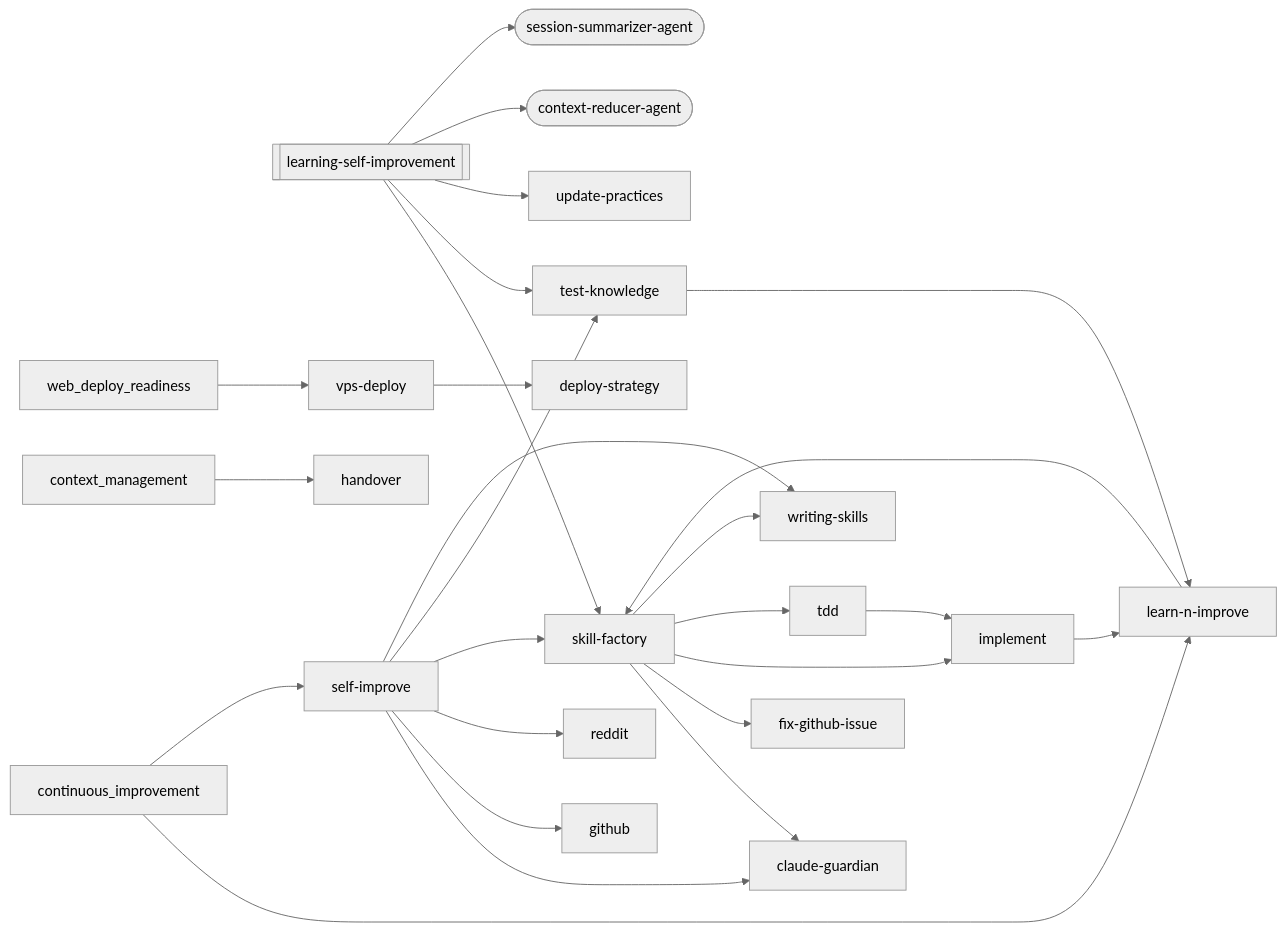
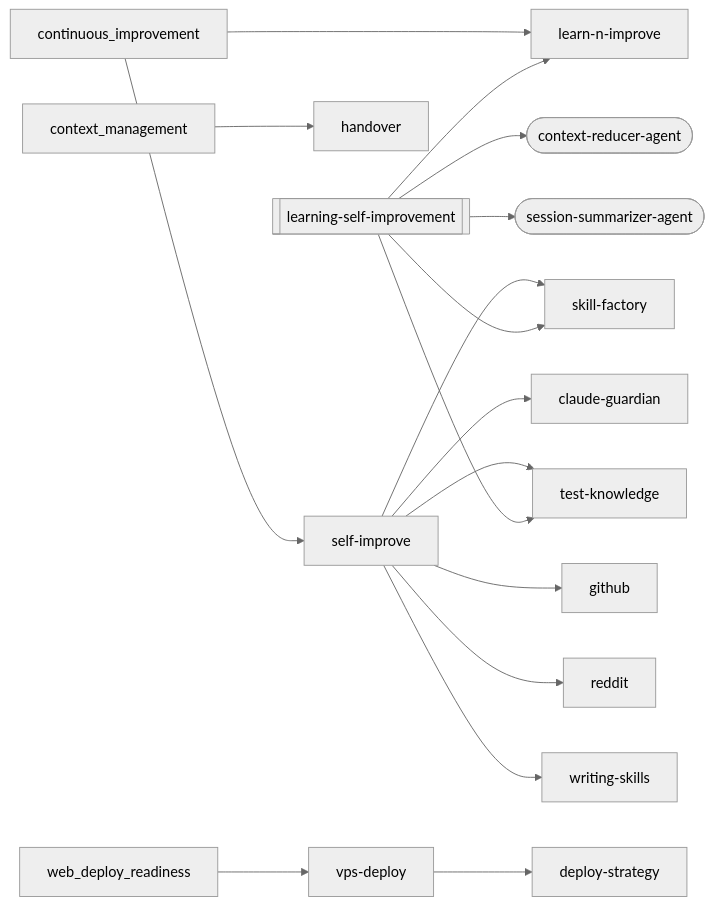
Before and after one commit to abhayla/claude-best-practices: the fourth of 15 diagrams in docs/workflows/learning-self-improvement.md, drawn with Mermaid (neutral theme). The commit also changed other lines of this file and 64 other files, not shown here.

````diff
--- a/docs/workflows/learning-self-improvement.md
+++ b/docs/workflows/learning-self-improvement.md
@@ -408,46 +470,33 @@
 ```mermaid
 graph LR
     learning_self_improvement[["learning-self-improvement"]]
     claude_guardian["claude-guardian"]
     context_reducer_agent(["context-reducer-agent"])
     deploy_strategy["deploy-strategy"]
-    fix_github_issue["fix-github-issue"]
     github["github"]
     handover["handover"]
-    implement["implement"]
     learn_n_improve["learn-n-improve"]
     reddit["reddit"]
     self_improve["self-improve"]
     session_summarizer_agent(["session-summarizer-agent"])
     skill_factory["skill-factory"]
-    tdd["tdd"]
     test_knowledge["test-knowledge"]
-    update_practices["update-practices"]
     vps_deploy["vps-deploy"]
     writing_skills["writing-skills"]
-    implement --> learn_n_improve
-    learn_n_improve --> skill_factory
+    learning_self_improvement --> learn_n_improve
     learning_self_improvement --> skill_factory
     learning_self_improvement --> test_knowledge
-    learning_self_improvement --> update_practices
     learning_self_improvement --> context_reducer_agent
     learning_self_improvement --> session_summarizer_agent
-    skill_factory --> claude_guardian
-    skill_factory --> fix_github_issue
-    skill_factory --> implement
-    skill_factory --> tdd
-    skill_factory --> writing_skills
-    tdd --> implement
-    test_knowledge --> learn_n_improve
     vps_deploy --> deploy_strategy
     self_improve --> claude_guardian
     self_improve --> github
     self_improve --> reddit
     self_improve --> skill_factory
     self_improve --> test_knowledge
     self_improve --> writing_skills
     context_management --> handover
     continuous_improvement --> learn_n_improve
     continuous_improvement --> self_improve
     web_deploy_readiness --> vps_deploy
 ```
````
